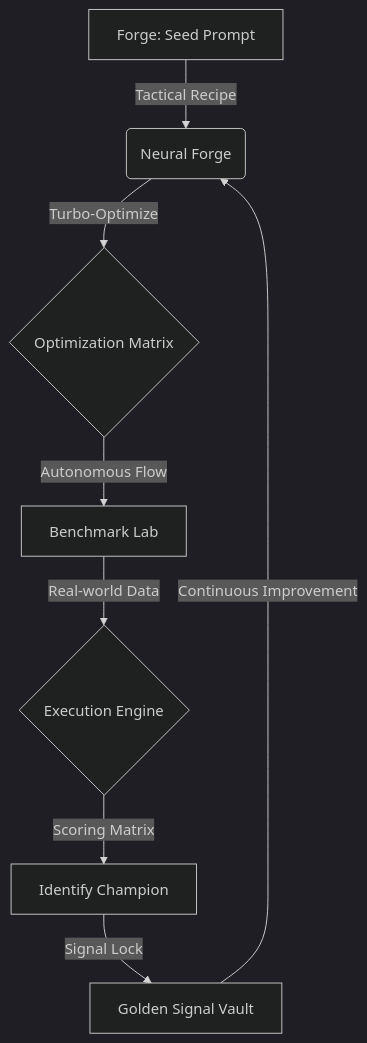
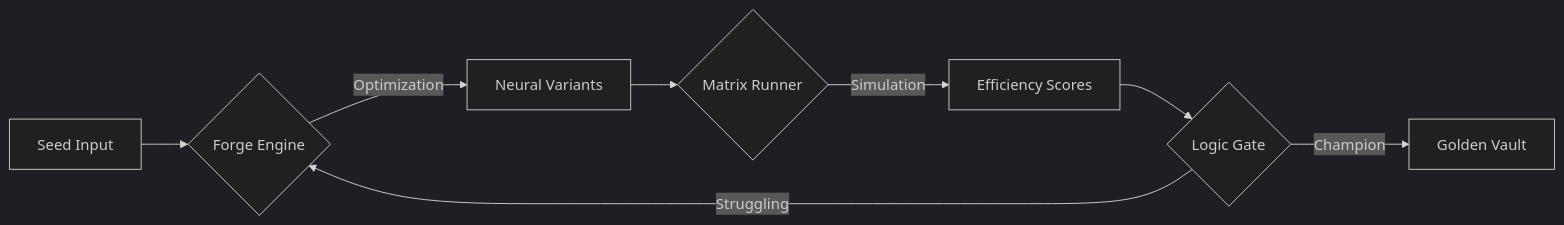
One commit to siddhantthakur278-bit/prompt-toolkit changed the diagram in README.md. Above: the diagram before and after it, drawn with Mermaid (dark theme). The commit also changed other lines of this file, not shown here.

````diff
--- a/README.md
+++ b/README.md
@@ -24,10 +43,10 @@
 ```mermaid
-graph TD
-    A[Forge: Seed Prompt] -->|Tactical Recipe| B(Neural Forge)
-    B -->|Turbo-Optimize| C{Optimization Matrix}
-    C -->|Autonomous Flow| D[Benchmark Lab]
-    D -->|Real-world Data| E{Execution Engine}
-    E -->|Scoring Matrix| F[Identify Champion]
-    F -->|Signal Lock| G[Golden Signal Vault]
-    G -->|Continuous Improvement| B
+graph LR
+    A[Seed Input] --> B{Forge Engine}
+    B -->|Optimization| C[Neural Variants]
+    C --> D{Matrix Runner}
+    D -->|Simulation| E[Efficiency Scores]
+    E --> F{Logic Gate}
+    F -->|Champion| G[Golden Vault]
+    F -->|Struggling| B
 ```
````
